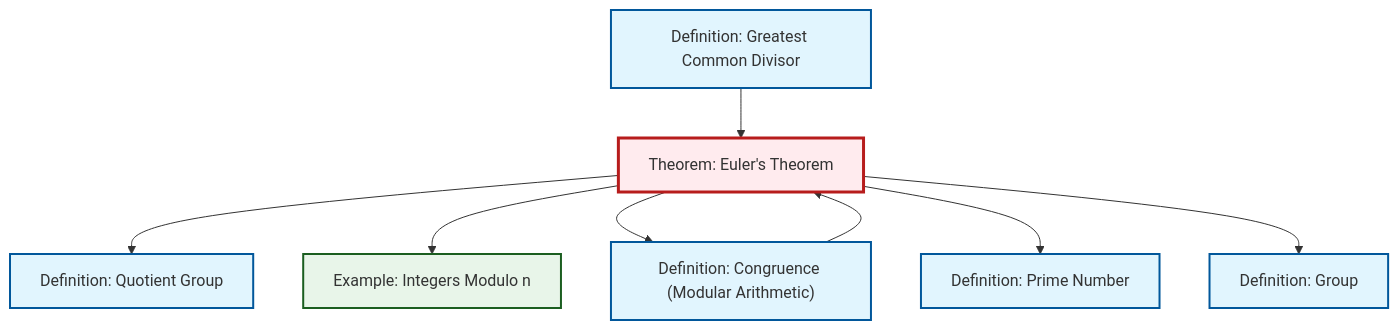
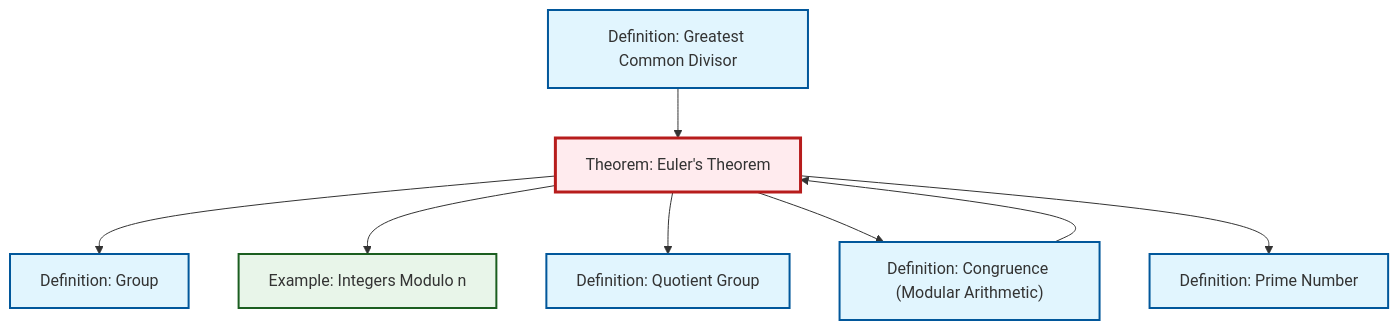
Before and after one commit to RK0429/ModernMath: the diagram in content/en/number-theory/thm-euler.qmd, drawn with Mermaid. The commit also changed other lines of this file and 615 other files, not shown here.

````diff
--- a/content/en/number-theory/thm-euler.qmd
+++ b/content/en/number-theory/thm-euler.qmd
@@ -52,30 +52,30 @@
 ```{mermaid}
 %%| fig-cap: "Local dependency graph"
 graph TD
     classDef definition fill:#e1f5fe,stroke:#01579b,stroke-width:2px
     classDef theorem fill:#f3e5f5,stroke:#4a148c,stroke-width:2px
     classDef axiom fill:#fff3e0,stroke:#e65100,stroke-width:2px
     classDef example fill:#e8f5e9,stroke:#1b5e20,stroke-width:2px
     classDef current fill:#ffebee,stroke:#b71c1c,stroke-width:3px
+    def-group["Definition: Group"]:::definition
     thm-euler["Theorem: Euler's Theorem"]:::theorem
+    def-congruence["Definition: Congruence (Modular Arithmetic)"]:::definition
+    def-gcd["Definition: Greatest Common Divisor"]:::definition
+    ex-quotient-integers-mod-n["Example: Integers Modulo n"]:::example
+    def-prime["Definition: Prime Number"]:::definition
     def-quotient-group["Definition: Quotient Group"]:::definition
-    def-prime["Definition: Prime Number"]:::definition
-    ex-quotient-integers-mod-n["Example: Integers Modulo n"]:::example
-    def-gcd["Definition: Greatest Common Divisor"]:::definition
-    def-congruence["Definition: Congruence (Modular Arithmetic)"]:::definition
-    def-group["Definition: Group"]:::definition
+    thm-euler --> def-group
+    thm-euler --> ex-quotient-integers-mod-n
+    thm-euler --> def-quotient-group
     def-congruence --> thm-euler
     def-gcd --> thm-euler
-    thm-euler --> def-quotient-group
-    thm-euler --> ex-quotient-integers-mod-n
     thm-euler --> def-congruence
     thm-euler --> def-prime
-    thm-euler --> def-group
     class thm-euler current
+    click def-group "def-group.html" "Go to Group definition"
+    click def-congruence "def-congruence.html" "Go to Congruence (Modular Arithmetic) definition"
+    click def-gcd "def-gcd.html" "Go to Greatest Common Divisor definition"
+    click ex-quotient-integers-mod-n "ex-quotient-integers-mod-n.html" "Go to Integers Modulo n example"
+    click def-prime "def-prime.html" "Go to Prime Number definition"
     click def-quotient-group "def-quotient-group.html" "Go to Quotient Group definition"
-    click def-prime "def-prime.html" "Go to Prime Number definition"
-    click ex-quotient-integers-mod-n "ex-quotient-integers-mod-n.html" "Go to Integers Modulo n example"
-    click def-gcd "def-gcd.html" "Go to Greatest Common Divisor definition"
-    click def-congruence "def-congruence.html" "Go to Congruence (Modular Arithmetic) definition"
-    click def-group "def-group.html" "Go to Group definition"
 ```
````
